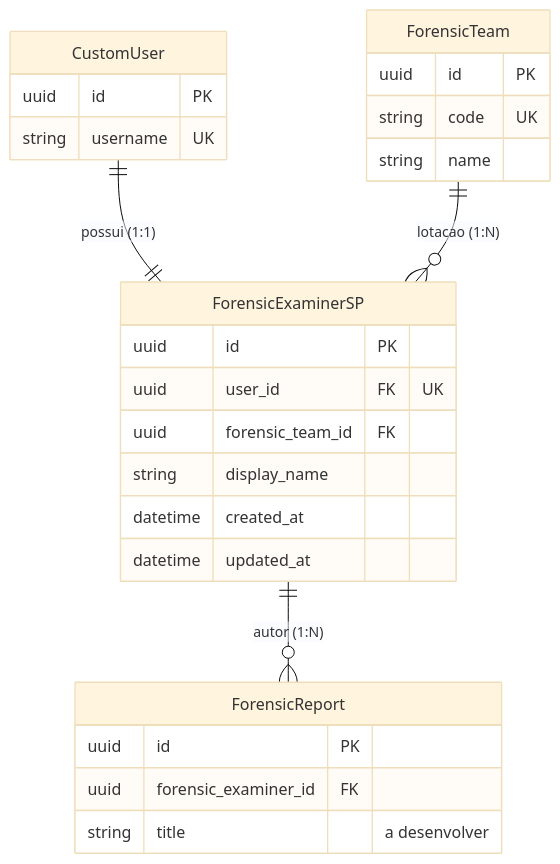
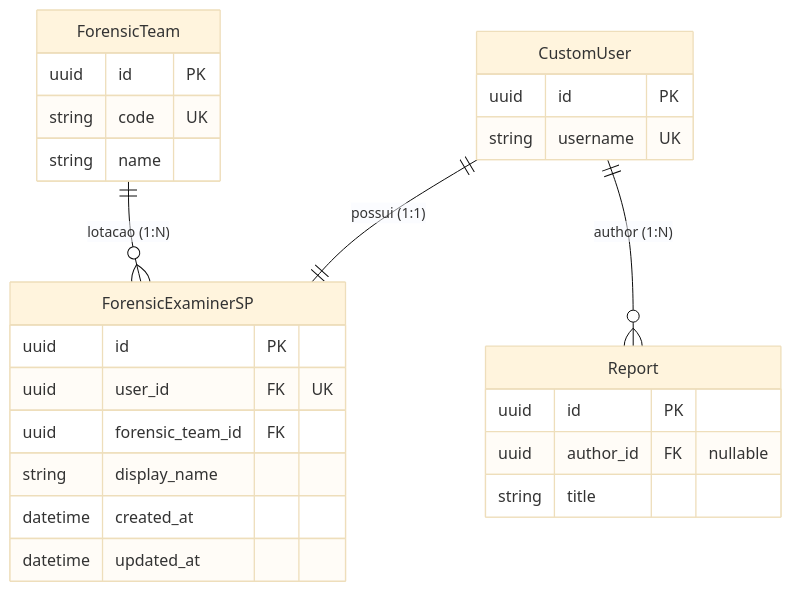
Before and after one commit to PeritoCriminal/reportline: the first of 2 diagrams in docs/architecture/05-profiles.md, drawn with Mermaid (base theme). The commit also changed other lines of this file and 33 other files, not shown here.

````diff
--- a/docs/architecture/05-profiles.md
+++ b/docs/architecture/05-profiles.md
@@ -65,32 +65,32 @@
 ```mermaid
 erDiagram
     CustomUser ||--|| ForensicExaminerSP : "possui (1:1)"
     ForensicTeam ||--o{ ForensicExaminerSP : "lotacao (1:N)"
-    ForensicExaminerSP ||--o{ ForensicReport : "autor (1:N)"
+    CustomUser ||--o{ Report : "author (1:N)"
 
     CustomUser {
         uuid id PK
         string username UK
     }
 
     ForensicExaminerSP {
         uuid id PK
         uuid user_id FK "UK"
         uuid forensic_team_id FK
         string display_name
         datetime created_at
         datetime updated_at
     }
 
     ForensicTeam {
         uuid id PK
         string code UK
         string name
     }
 
-    ForensicReport {
+    Report {
         uuid id PK
-        uuid forensic_examiner_id FK
-        string title "a desenvolver"
+        uuid author_id FK "nullable"
+        string title
     }
 ```
````
